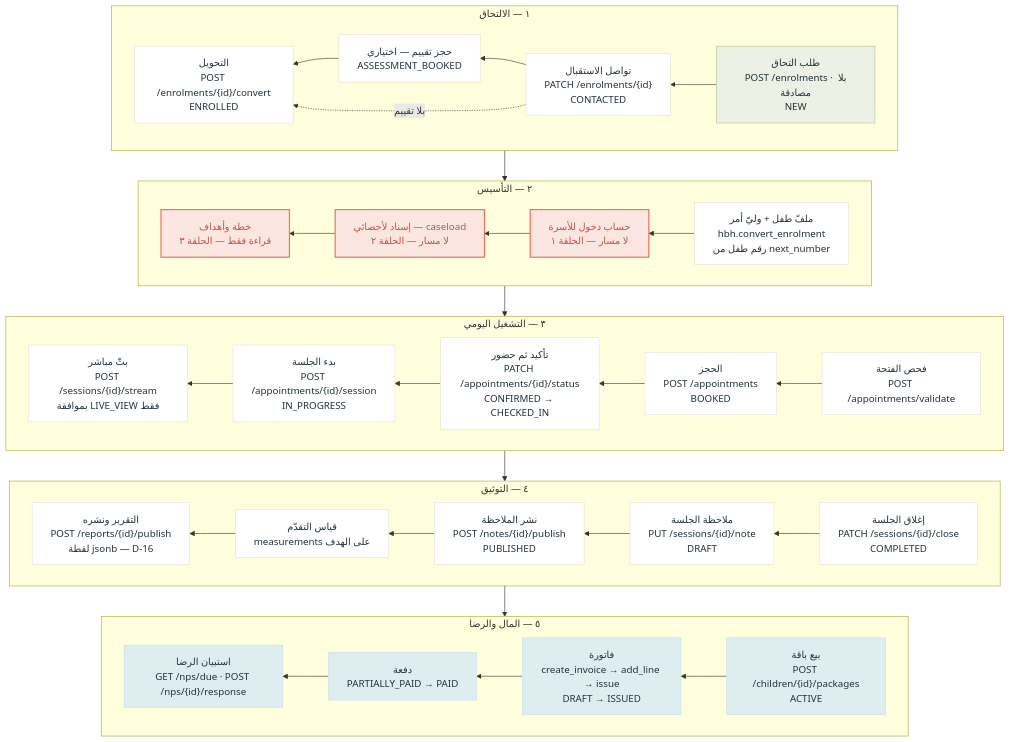
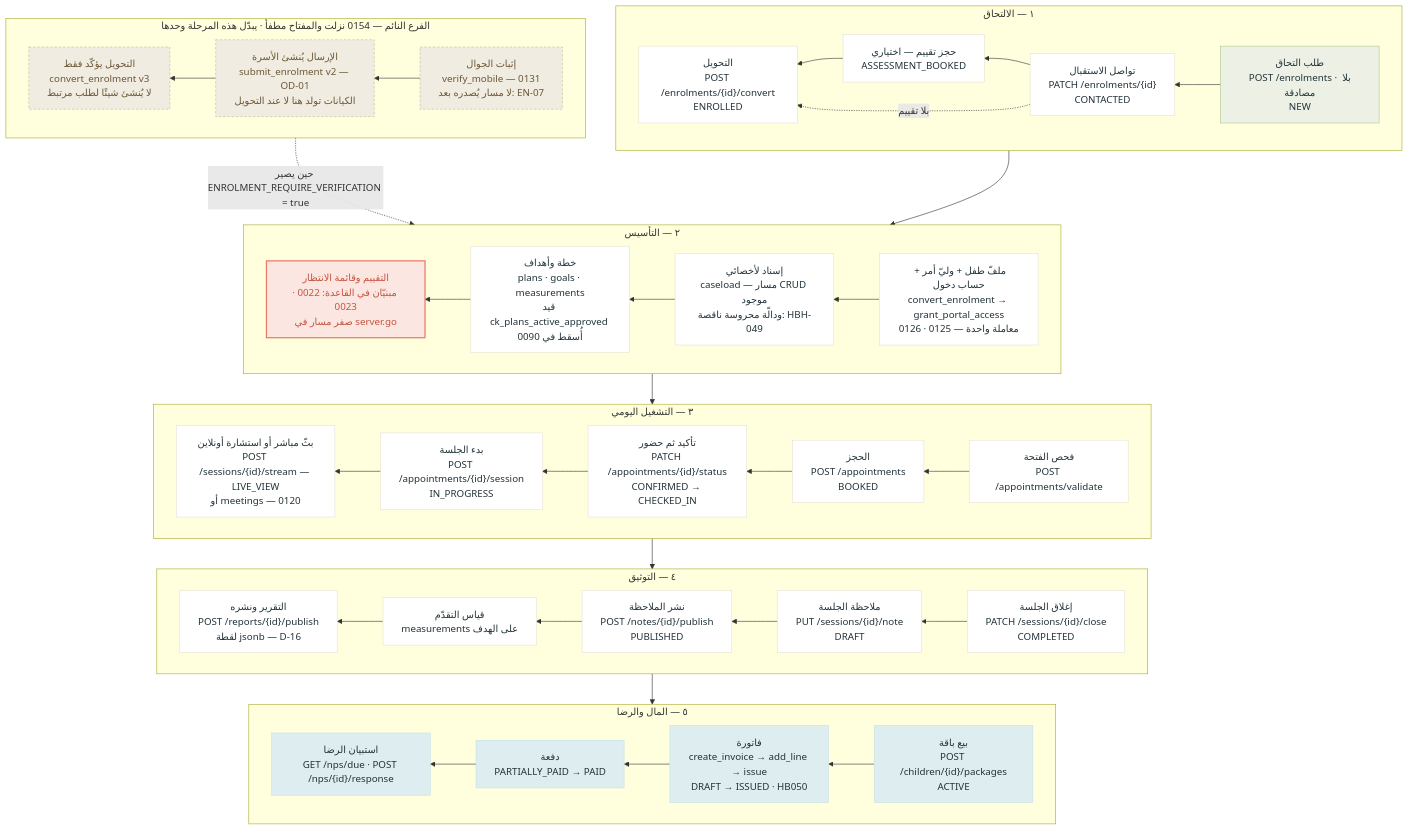
One commit to mahmoudgad-hub/HandByHand changed the diagram in figma/flow/src/01-child-journey.mmd. Above: the diagram before and after it, drawn with Mermaid. The commit also changed 7 other files, not shown here.

```diff
--- a/figma/flow/src/01-child-journey.mmd
+++ b/figma/flow/src/01-child-journey.mmd
@@ -1,66 +1,90 @@
 %% رحلة الطفل — من طلب الالتحاق إلى التقرير والفاتورة
-%% المصدر: docs/architect/02-new-child-flow.md + db/migrations/0005,0018 + api/internal/http/server.go
-%% العُقد الكورالية الثلاث = الحلقات المقطوعة: مبنيّة في القاعدة، بلا مسار API.
+%% الأرض: 2026-09-19 · ١٦٢ ملفّ *.up.sql على القرص، أقصى رقم 0162 (رقم القرص لا المطبَّق)
+%% المصدر: db/migrations/0005,0018,0125,0154 · api/internal/http/server.go (١٣٤ مسارًا)
+%% ---
+%% ما تغيّر عن النسخة السابقة: كانت ثلاث عُقد كوراليّة تقول «حلقات مقطوعة».
+%% اثنتان أُغلقتا وبقيت واحدة — والقياس لكل واحدة مكتوب على عقدتها.
+%% ---
+%% وأهمّ من ذلك: الهجرة 0154 (HBH-058) نزلت وغيّرت لحظة ميلاد الأسرة —
+%% لكن مفتاحها ENROLMENT_REQUIRE_VERIFICATION = false ولا مسار يُصدر إثبات جوال،
+%% فالمسار الحيّ اليوم هو v1 سطرًا بسطر. المخطّط يرسم الحيّ، ويُظهر الفرع النائم.
+%% ---
+%% تنبيه: لا تترك سطر تعليق فارغًا (%% وحده) — Mermaid 11 يقرؤه موجّهًا فيفشل.
+%% وبعد كل تعديل: bash scripts/sync-figma-preview.sh (preview.html ناتج بناء).
+%% ولا يحرسه فحص: لا شيء يمنع هذا الملفّ من الانحراف ثانيةً. الأرقام فيه دقيقة
+%% لحظةَ قياسها لا بعدها — شُكَّ فيها وأعد القياس بالأوامر المكتوبة أعلاه.
 flowchart TB
   classDef stage  fill:#FFFFFF,stroke:#E8E1D4,stroke-width:1px,color:#22333A
   classDef entry  fill:#EDF1E5,stroke:#ADC793,stroke-width:1px,color:#22333A
   classDef broken fill:#FBE6E1,stroke:#EB7866,stroke-width:2px,color:#C4543F
   classDef money  fill:#DEEEF0,stroke:#C6E0E7,stroke-width:1px,color:#22333A
+  classDef asleep fill:#F1ECE1,stroke:#C9B99A,stroke-dasharray:4 3,color:#6B5836
 
   subgraph S1["١ — الالتحاق"]
     direction RL
     A1["طلب التحاق<br/>POST /enrolments · بلا مصادقة<br/>NEW"]
     A2["تواصل الاستقبال<br/>PATCH /enrolments/{id}<br/>CONTACTED"]
     A3["حجز تقييم — اختياري<br/>ASSESSMENT_BOOKED"]
     A4["التحويل<br/>POST /enrolments/{id}/convert<br/>ENROLLED"]
     A1 --> A2 --> A3 --> A4
     A2 -.->|"بلا تقييم"| A4
   end
 
   subgraph S2["٢ — التأسيس"]
     direction RL
-    B1["ملفّ طفل + وليّ أمر<br/>hbh.convert_enrolment<br/>رقم طفل من next_number"]
-    B2["حساب دخول للأسرة<br/>لا مسار — الحلقة ١"]
-    B3["إسناد لأخصائي — caseload<br/>لا مسار — الحلقة ٢"]
-    B4["خطة وأهداف<br/>قراءة فقط — الحلقة ٣"]
+    B1["ملفّ طفل + وليّ أمر + حساب دخول<br/>convert_enrolment → grant_portal_access<br/>معاملة واحدة — 0125 · 0126"]
+    B2["إسناد لأخصائي<br/>caseload — مسار CRUD موجود<br/>ودالّة محروسة ناقصة: HBH-049"]
+    B3["خطة وأهداف<br/>plans · goals · measurements<br/>قيد ck_plans_active_approved أُسقط في 0090"]
+    B4["التقييم وقائمة الانتظار<br/>مبنيّان في القاعدة: 0022 · 0023<br/>صفر مسار في server.go"]
     B1 --> B2 --> B3 --> B4
   end
+
+  subgraph V2["الفرع النائم — 0154 نزلت والمفتاح مطفأ · يبدّل هذه المرحلة وحدها"]
+    direction RL
+    W1["إثبات الجوال<br/>verify_mobile — 0131<br/>لا مسار يُصدره بعد: EN-07"]
+    W2["الإرسال يُنشئ الأسرة<br/>submit_enrolment v2 — OD-01<br/>الكيانات تولد هنا لا عند التحويل"]
+    W3["التحويل يؤكّد فقط<br/>convert_enrolment v3<br/>لا يُنشئ شيئًا لطلب مرتبط"]
+    W1 --> W2 --> W3
+  end
+
+  W3 -.->|"حين يصير ENROLMENT_REQUIRE_VERIFICATION = true"| B1
 
   subgraph S3["٣ — التشغيل اليومي"]
     direction RL
     C1["فحص الفتحة<br/>POST /appointments/validate"]
     C2["الحجز<br/>POST /appointments<br/>BOOKED"]
     C3["تأكيد ثم حضور<br/>PATCH /appointments/{id}/status<br/>CONFIRMED → CHECKED_IN"]
     C4["بدء الجلسة<br/>POST /appointments/{id}/session<br/>IN_PROGRESS"]
-    C5["بثّ مباشر<br/>POST /sessions/{id}/stream<br/>بموافقة LIVE_VIEW فقط"]
+    C5["بثّ مباشر أو استشارة أونلاين<br/>POST /sessions/{id}/stream — LIVE_VIEW<br/>أو meetings — 0120"]
     C1 --> C2 --> C3 --> C4 --> C5
   end
 
   subgraph S4["٤ — التوثيق"]
     direction RL
     D1["إغلاق الجلسة<br/>PATCH /sessions/{id}/close<br/>COMPLETED"]
     D2["ملاحظة الجلسة<br/>PUT /sessions/{id}/note<br/>DRAFT"]
     D3["نشر الملاحظة<br/>POST /notes/{id}/publish<br/>PUBLISHED"]
     D4["قياس التقدّم<br/>measurements على الهدف"]
     D5["التقرير ونشره<br/>POST /reports/{id}/publish<br/>لقطة jsonb — D-16"]
     D1 --> D2 --> D3 --> D4 --> D5
   end
 
   subgraph S5["٥ — المال والرضا"]
     direction RL
     E1["بيع باقة<br/>POST /children/{id}/packages<br/>ACTIVE"]
-    E2["فاتورة<br/>create_invoice → add_line → issue<br/>DRAFT → ISSUED"]
+    E2["فاتورة<br/>create_invoice → add_line → issue<br/>DRAFT → ISSUED · HB050"]
     E3["دفعة<br/>PARTIALLY_PAID → PAID"]
     E4["استبيان الرضا<br/>GET /nps/due · POST /nps/{id}/response"]
     E1 --> E2 --> E3 --> E4
   end
 
   A4 --> B1
-  B4 --> C1
+  B3 --> C1
   C5 --> D1
   D5 --> E1
 
   class A1 entry
-  class A2,A3,A4,B1,C1,C2,C3,C4,C5,D1,D2,D3,D4,D5 stage
-  class B2,B3,B4 broken
+  class A2,A3,A4,B1,B2,B3,C1,C2,C3,C4,C5,D1,D2,D3,D4,D5 stage
+  class B4 broken
   class E1,E2,E3,E4 money
+  class W1,W2,W3 asleep
```
